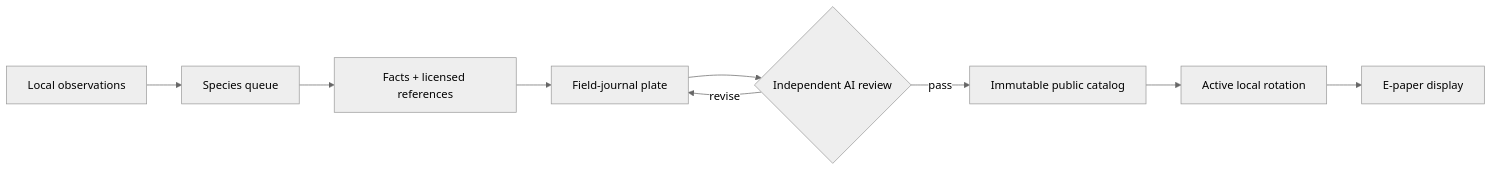
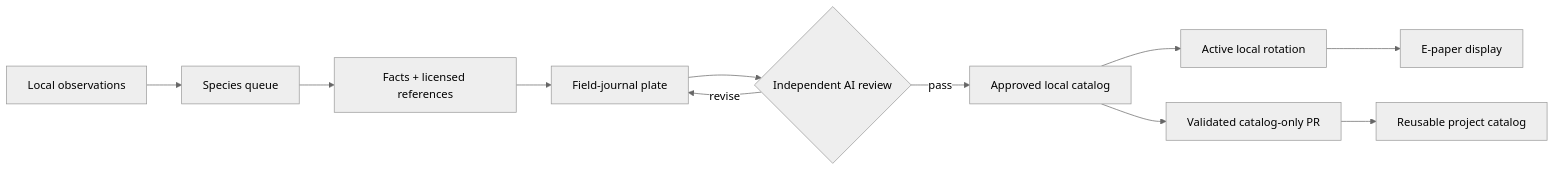
Before and after one commit to veteranbv/inky-bird-frame: the diagram in README.md, drawn with Mermaid (neutral theme). The commit also changed other lines of this file and 16 other files, not shown here.

First line of the commit message:
Automate trusted public catalog publication (#6)

````diff
--- a/README.md
+++ b/README.md
@@ -29,11 +29,13 @@
 ```mermaid
 flowchart LR
     A["Local observations"] --> B["Species queue"]
     B --> C["Facts + licensed references"]
     C --> D["Field-journal plate"]
     D --> E{"Independent AI review"}
-    E -->|pass| F["Immutable public catalog"]
+    E -->|pass| F["Approved local catalog"]
     E -->|revise| D
     F --> G["Active local rotation"]
     G --> H["E-paper display"]
+    F --> I["Validated catalog-only PR"]
+    I --> J["Reusable project catalog"]
 ```
````
